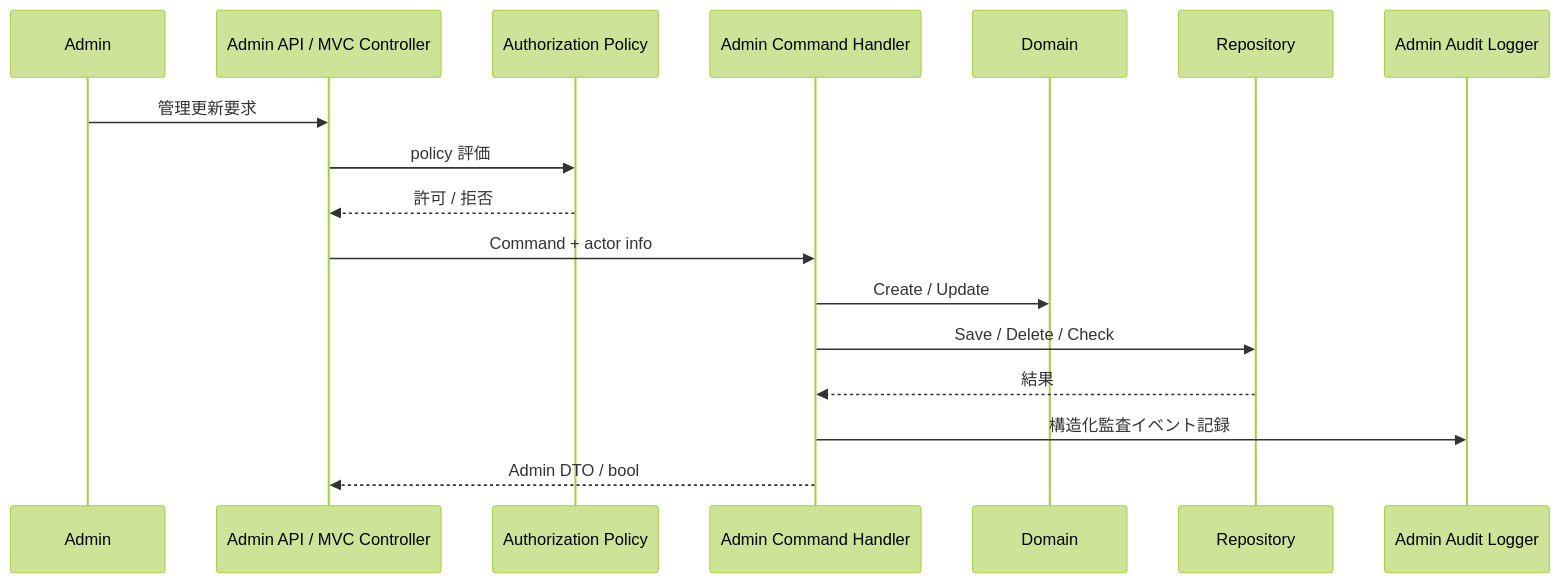
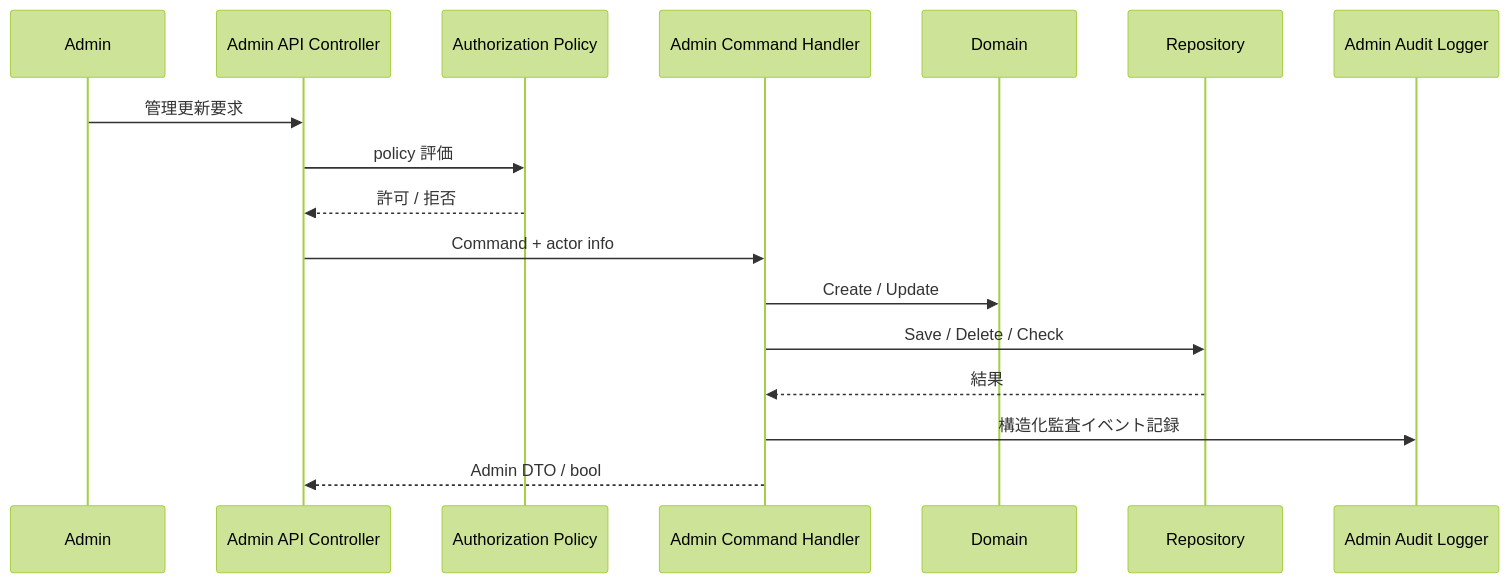
Before and after one commit to p-o-ke-nae/pokemondamagecalculatorforstory: the third of 3 diagrams in docs/design/architecture-overview.md, drawn with Mermaid (forest theme). The commit also changed other lines of this file and 20 other files, not shown here.

````diff
--- a/docs/design/architecture-overview.md
+++ b/docs/design/architecture-overview.md
@@ -175,20 +146,20 @@
 ```mermaid
 sequenceDiagram
     participant Admin
-    participant Web as Admin API / MVC Controller
+    participant Web as Admin API Controller
     participant Policy as Authorization Policy
     participant Command as Admin Command Handler
     participant Domain
     participant Repo as Repository
     participant Audit as Admin Audit Logger
 
     Admin->>Web: 管理更新要求
     Web->>Policy: policy 評価
     Policy-->>Web: 許可 / 拒否
     Web->>Command: Command + actor info
     Command->>Domain: Create / Update
     Command->>Repo: Save / Delete / Check
     Repo-->>Command: 結果
     Command->>Audit: 構造化監査イベント記録
     Command-->>Web: Admin DTO / bool
 ```
````
